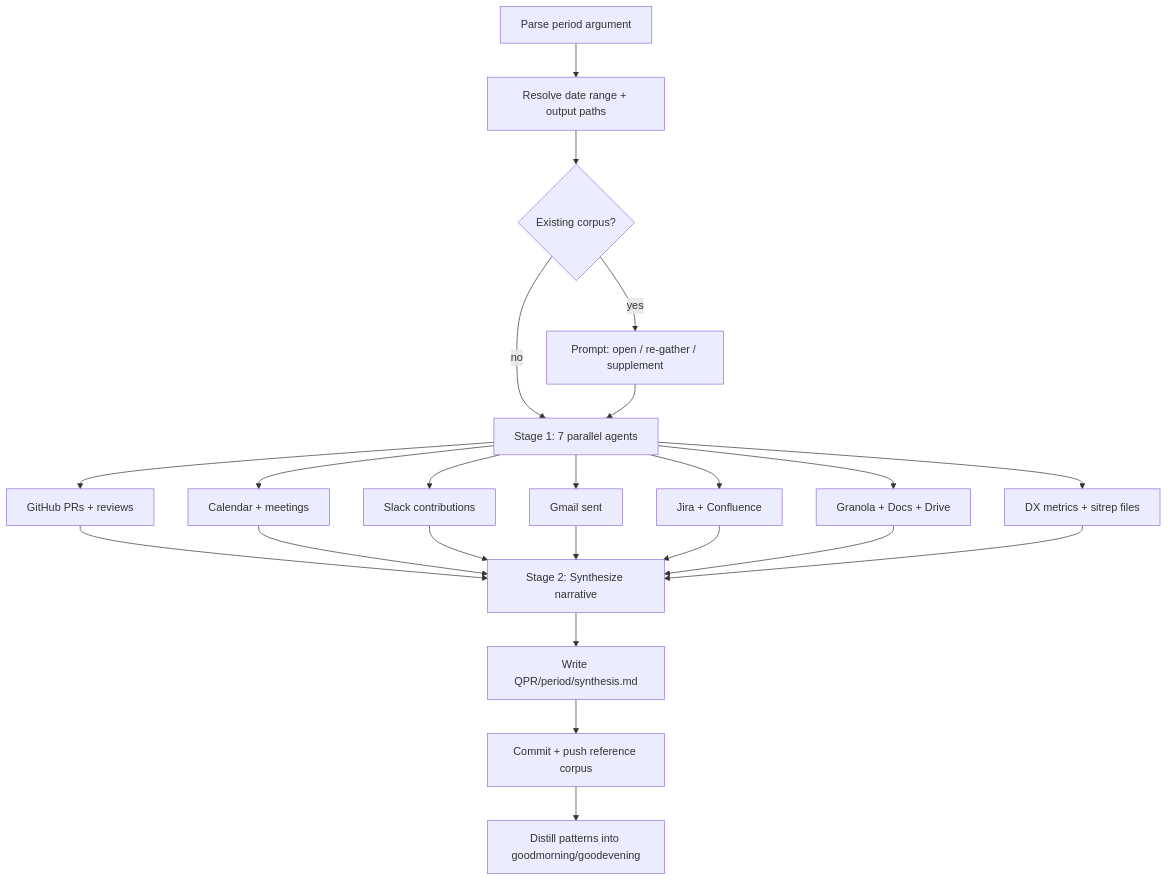
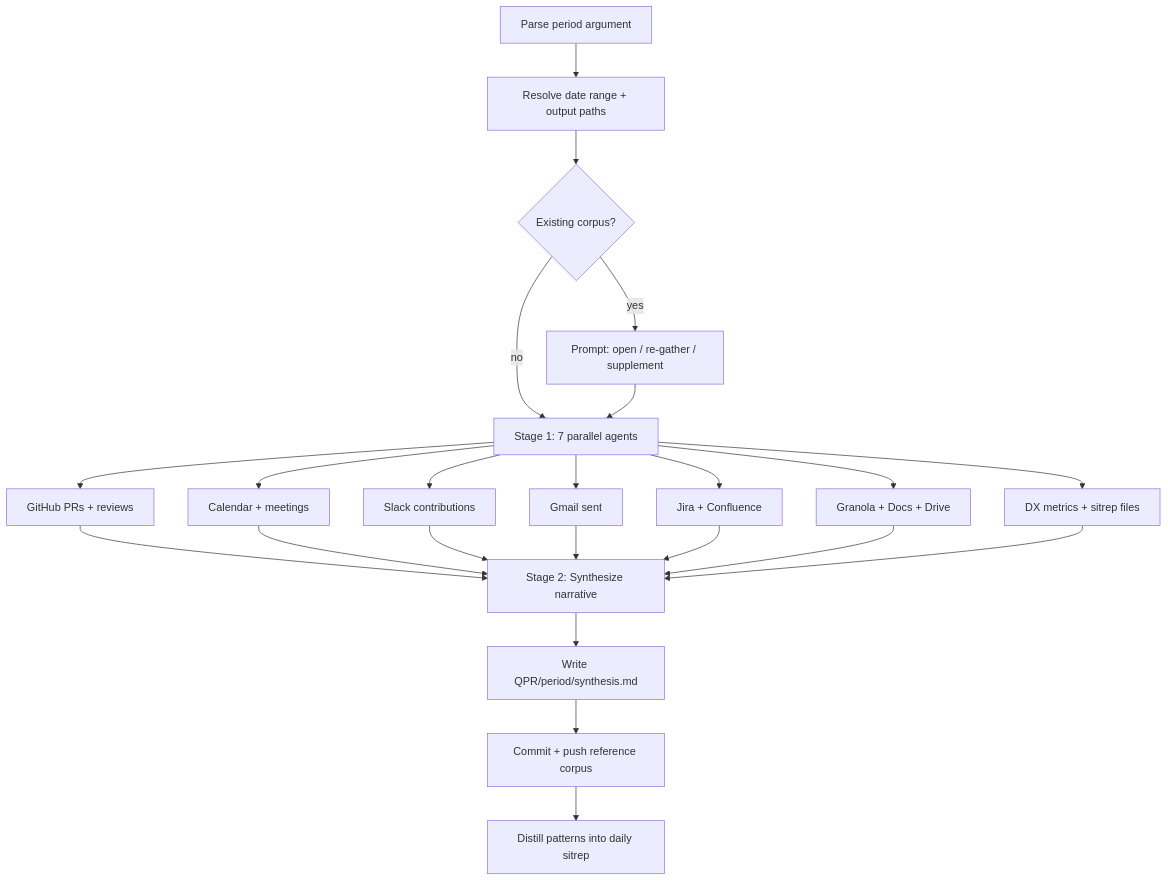
One commit to whizzzkid/skills changed the diagram in skills/self-perf/README.md. Above: the diagram before and after it, drawn with Mermaid. The commit also changed other lines of this file and 161 other files, not shown here.

````diff
--- a/skills/self-perf/README.md
+++ b/skills/self-perf/README.md
@@ -14,19 +16,19 @@
 ```mermaid
 flowchart TD
     A[Parse period argument] --> B[Resolve date range + output paths]
     B --> C{Existing corpus?}
     C -->|yes| D[Prompt: open / re-gather / supplement]
     C -->|no| E[Stage 1: 7 parallel agents]
     D --> E
     E --> E1[GitHub PRs + reviews]
     E --> E2[Calendar + meetings]
     E --> E3[Slack contributions]
     E --> E4[Gmail sent]
     E --> E5[Jira + Confluence]
     E --> E6[Granola + Docs + Drive]
     E --> E7[DX metrics + sitrep files]
     E1 & E2 & E3 & E4 & E5 & E6 & E7 --> F[Stage 2: Synthesize narrative]
     F --> G[Write QPR/period/synthesis.md]
     G --> H[Commit + push reference corpus]
-    H --> I[Distill patterns into goodmorning/goodevening]
+    H --> I[Distill patterns into daily sitrep]
 ```
````
